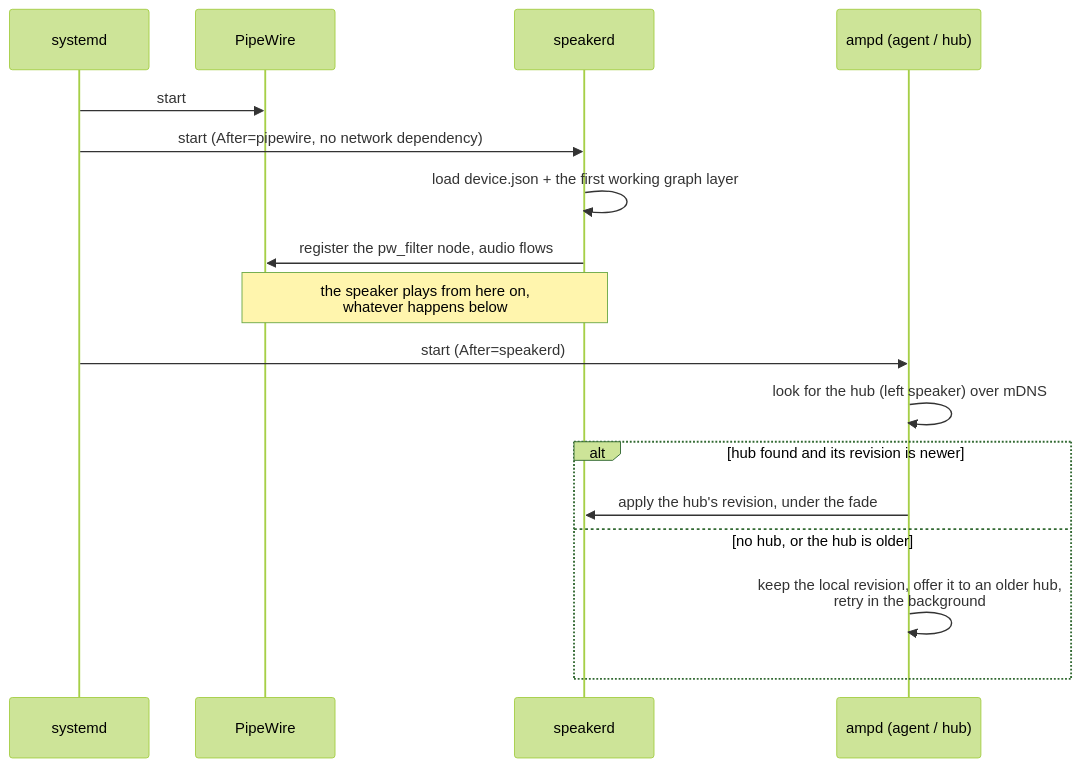
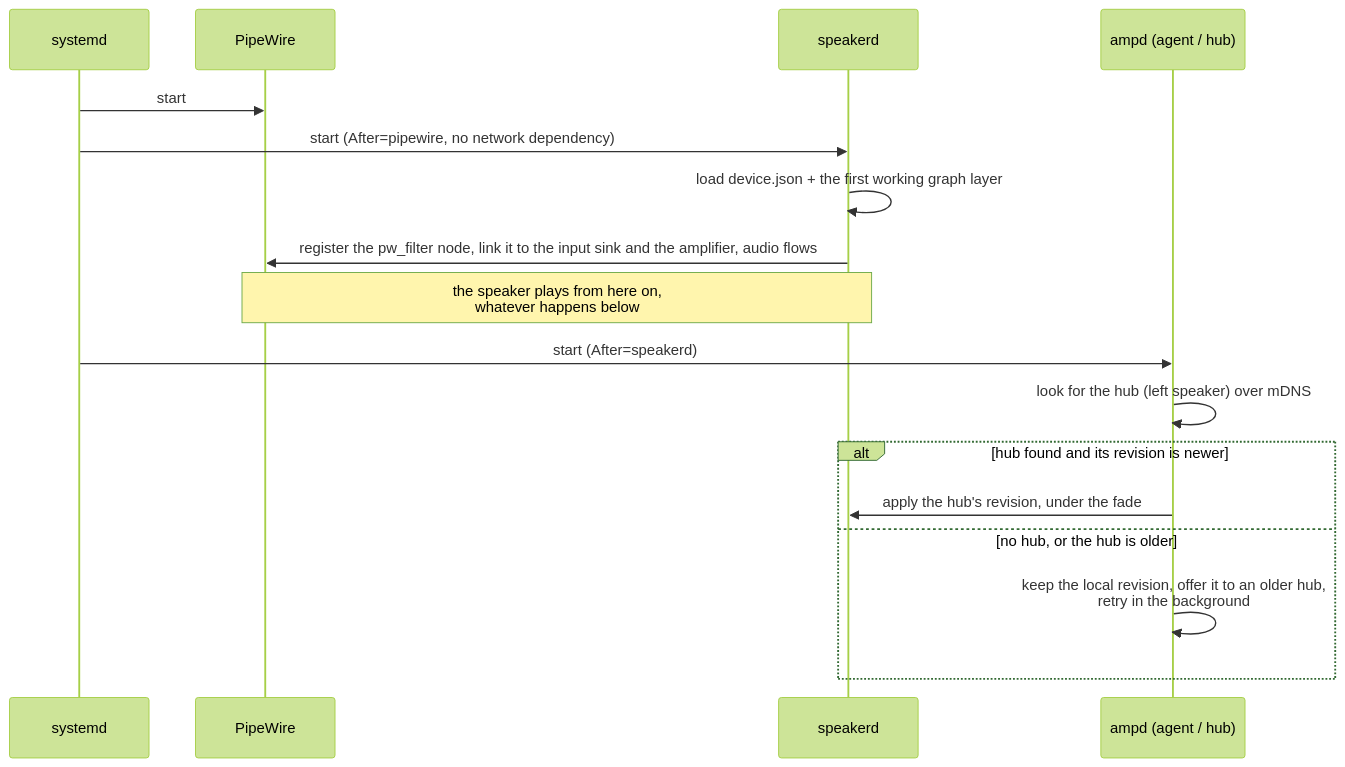
Diagram 11 of 12 in docs/remote-plugin-host.md (AMuszkat/bpi_amp_platform), drawn with Mermaid (forest theme) before and after one commit. The commit also changed other lines of this file and 21 other files, not shown here.

````diff
--- a/docs/remote-plugin-host.md
+++ b/docs/remote-plugin-host.md
@@ -682,19 +721,19 @@
 ```mermaid
 sequenceDiagram
     participant SD as systemd
     participant PW as PipeWire
     participant S as speakerd
     participant A as ampd (agent / hub)
     SD->>PW: start
     SD->>S: start (After=pipewire, no network dependency)
     S->>S: load device.json + the first working graph layer
-    S->>PW: register the pw_filter node, audio flows
+    S->>PW: register the pw_filter node, link it to the input sink and the amplifier, audio flows
     Note over S,PW: the speaker plays from here on,<br/>whatever happens below
     SD->>A: start (After=speakerd)
     A->>A: look for the hub (left speaker) over mDNS
     alt hub found and its revision is newer
         A->>S: apply the hub's revision, under the fade
     else no hub, or the hub is older
         A->>A: keep the local revision, offer it to an older hub,<br/>retry in the background
     end
 ```
````
